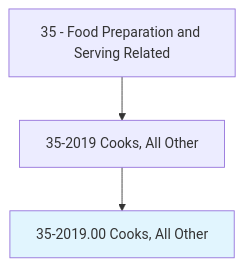
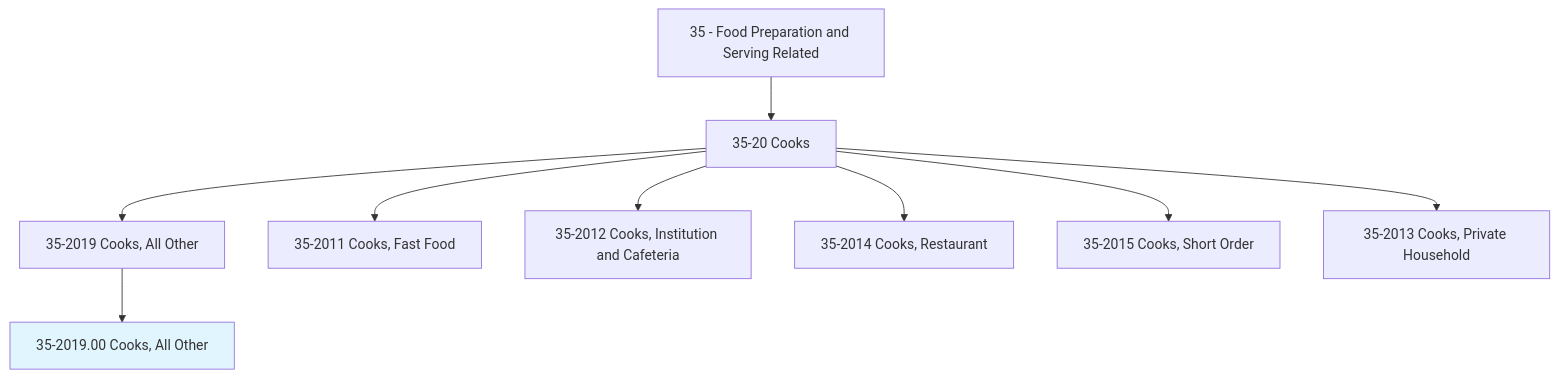
Before and after one commit to kziemski/business.org.ai: the first of 4 diagrams in occupations/FoodService/Cooks.mdx, drawn with Mermaid. The commit also changed other lines of this file and 885 other files, not shown here.

````diff
--- a/occupations/FoodService/Cooks.mdx
+++ b/occupations/FoodService/Cooks.mdx
@@ -23,6 +23,14 @@
 ```mermaid
 graph TD
-    Cat35["35 - Food Preparation and Serving Related"] --> Group352019["35-2019 Cooks, All Other"]
+    Cat35["35 - Food Preparation and Serving Related"] --> Group352["35-20 Cooks"]
+    Group352 --> Group352019["35-2019 Cooks, All Other"]
     Group352019 --> Current["35-2019.00 Cooks, All Other"]
+
+    Group352 --> Sibling1["35-2011 Cooks, Fast Food"]
+    Group352 --> Sibling2["35-2012 Cooks, Institution and Cafeteria"]
+    Group352 --> Sibling3["35-2014 Cooks, Restaurant"]
+    Group352 --> Sibling4["35-2015 Cooks, Short Order"]
+    Group352 --> Sibling5["35-2013 Cooks, Private Household"]
+
     style Current fill:#e1f5fe
 ```
````
